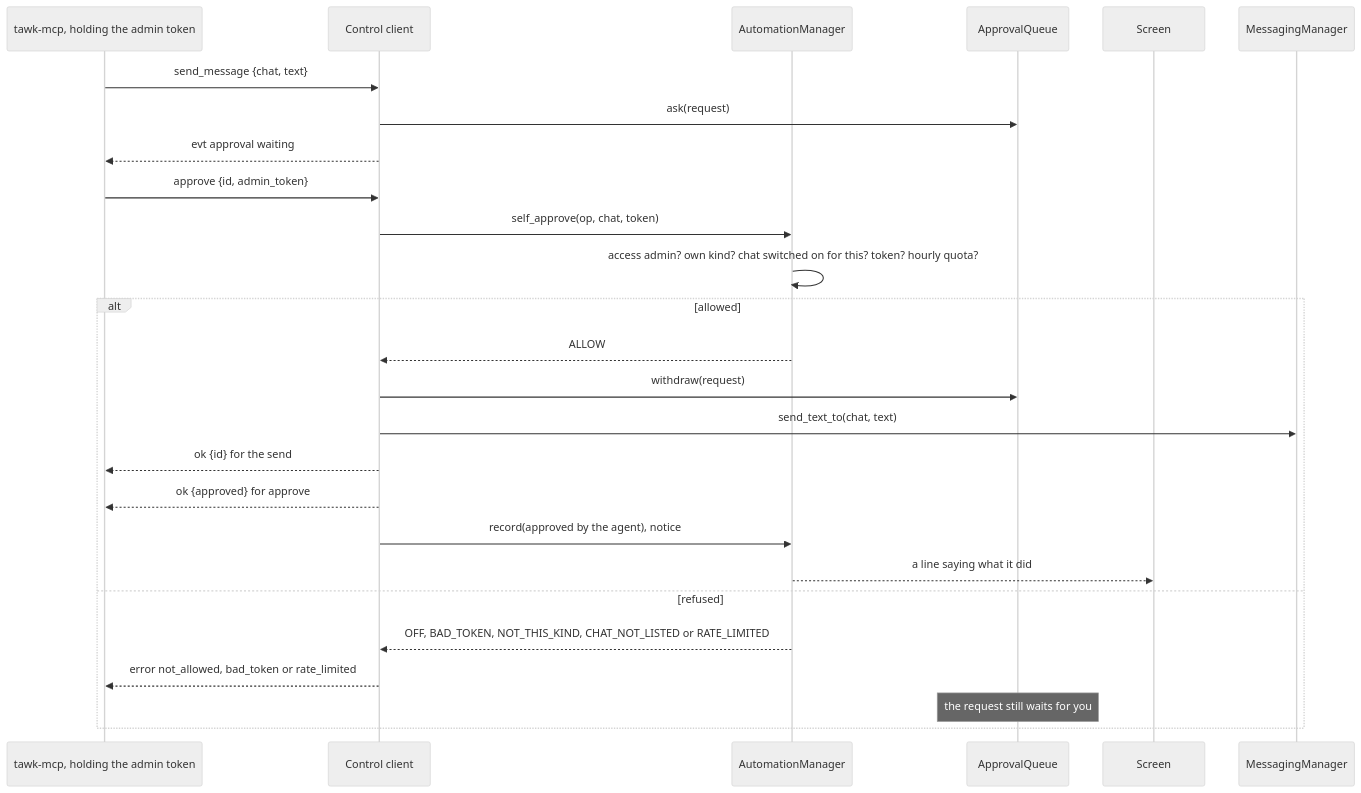
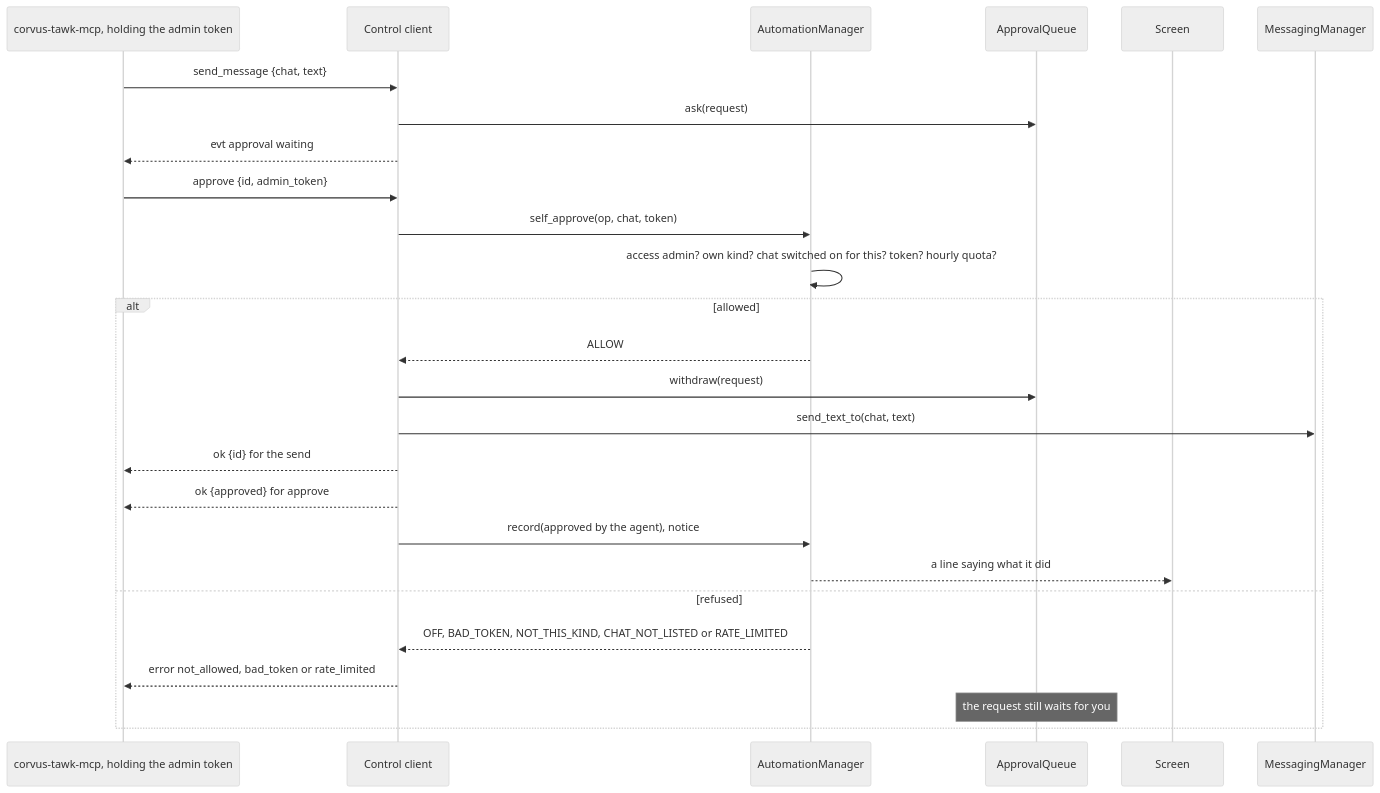
Before and after one commit to loganventer/Corvus.App.Terminal.Tawk: diagram 26 of 27 in HOW_IT_WORKS.md, drawn with Mermaid (neutral theme). The commit also changed other lines of this file and 16 other files, not shown here.

First line of the commit message:
Update every document to corvus-tawk and the corvus/tawk folders

````diff
--- a/HOW_IT_WORKS.md
+++ b/HOW_IT_WORKS.md
@@ -941,28 +941,28 @@
 ```mermaid
 sequenceDiagram
-    participant A as tawk-mcp, holding the admin token
+    participant A as corvus-tawk-mcp, holding the admin token
     participant C as Control client
     participant AM as AutomationManager
     participant Q as ApprovalQueue
     participant T as Screen
     participant M as MessagingManager
     A->>C: send_message {chat, text}
     C->>Q: ask(request)
     C-->>A: evt approval waiting
     A->>C: approve {id, admin_token}
     C->>AM: self_approve(op, chat, token)
     AM->>AM: access admin? own kind? chat switched on for this? token? hourly quota?
     alt allowed
         AM-->>C: ALLOW
         C->>Q: withdraw(request)
         C->>M: send_text_to(chat, text)
         C-->>A: ok {id} for the send
         C-->>A: ok {approved} for approve
         C->>AM: record(approved by the agent), notice
         AM-->>T: a line saying what it did
     else refused
         AM-->>C: OFF, BAD_TOKEN, NOT_THIS_KIND, CHAT_NOT_LISTED or RATE_LIMITED
         C-->>A: error not_allowed, bad_token or rate_limited
         Note over Q: the request still waits for you
     end
 ```
````
